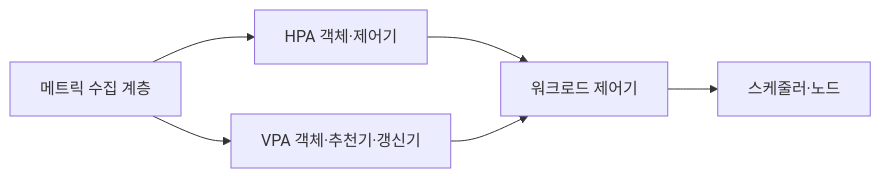
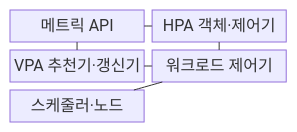
The first of 2 diagrams in src/content/docs/notes/03-software/149_auto_scaling_hpa_vpa.md (agnusdei1207/knowledge-base), drawn with Mermaid before and after one commit. The commit also changed other lines of this file and 20 other files, not shown here.

````diff
--- a/src/content/docs/notes/03-software/149_auto_scaling_hpa_vpa.md
+++ b/src/content/docs/notes/03-software/149_auto_scaling_hpa_vpa.md
@@ -58,8 +53,14 @@
 ```mermaid
-flowchart LR
-    A[메트릭 수집 계층] --> B[HPA 객체·제어기]
-    A --> C[VPA 객체·추천기·갱신기]
-    B --> D[워크로드 제어기]
-    C --> D
-    D --> E[스케줄러·노드]
+block
+    columns 2
+    M["메트릭 API"]
+    H["HPA 객체·제어기"]
+    V["VPA 추천기·갱신기"]
+    W["워크로드 제어기"]
+    S["스케줄러·노드"]
+    M --- H
+    M --- V
+    H --- W
+    V --- W
+    W --- S
 ```
````
